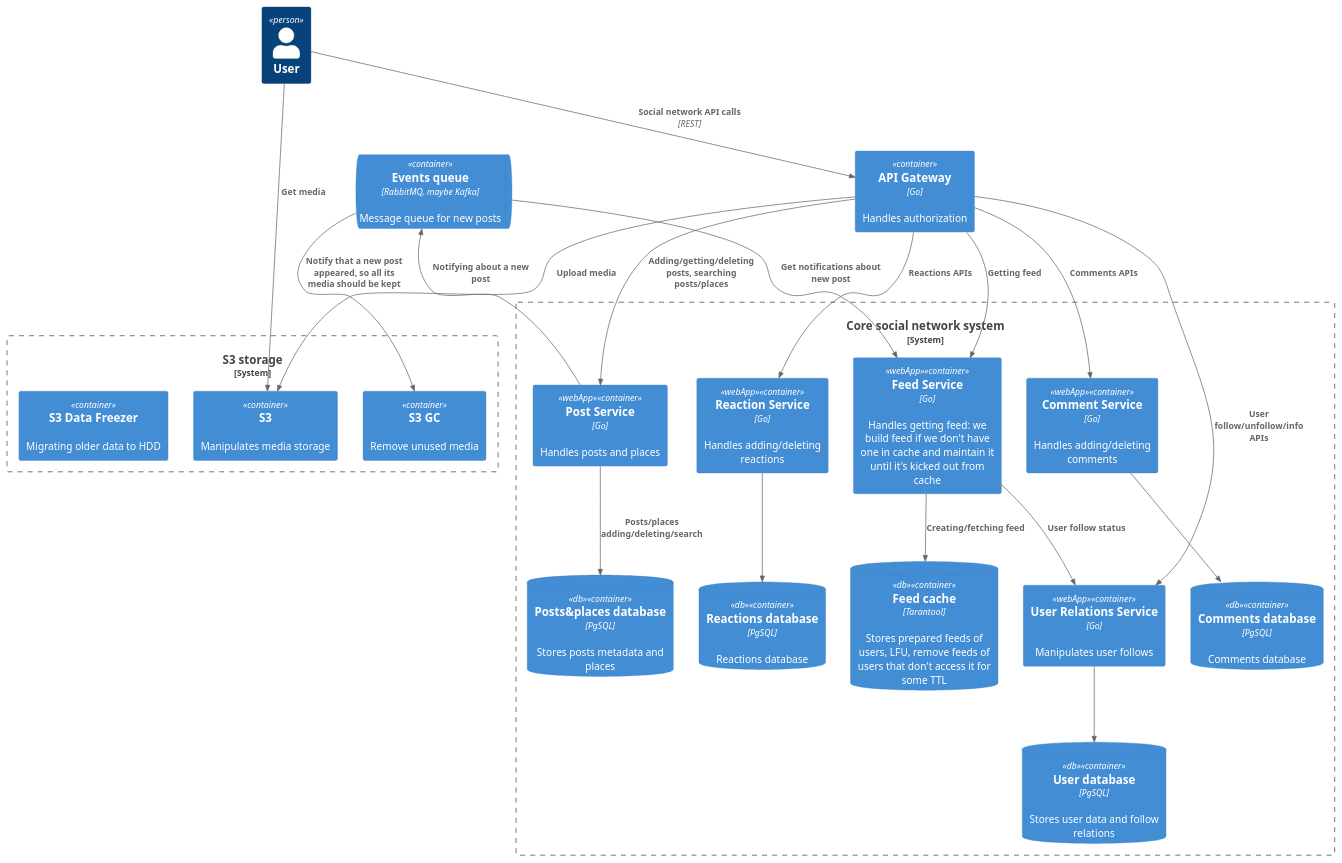
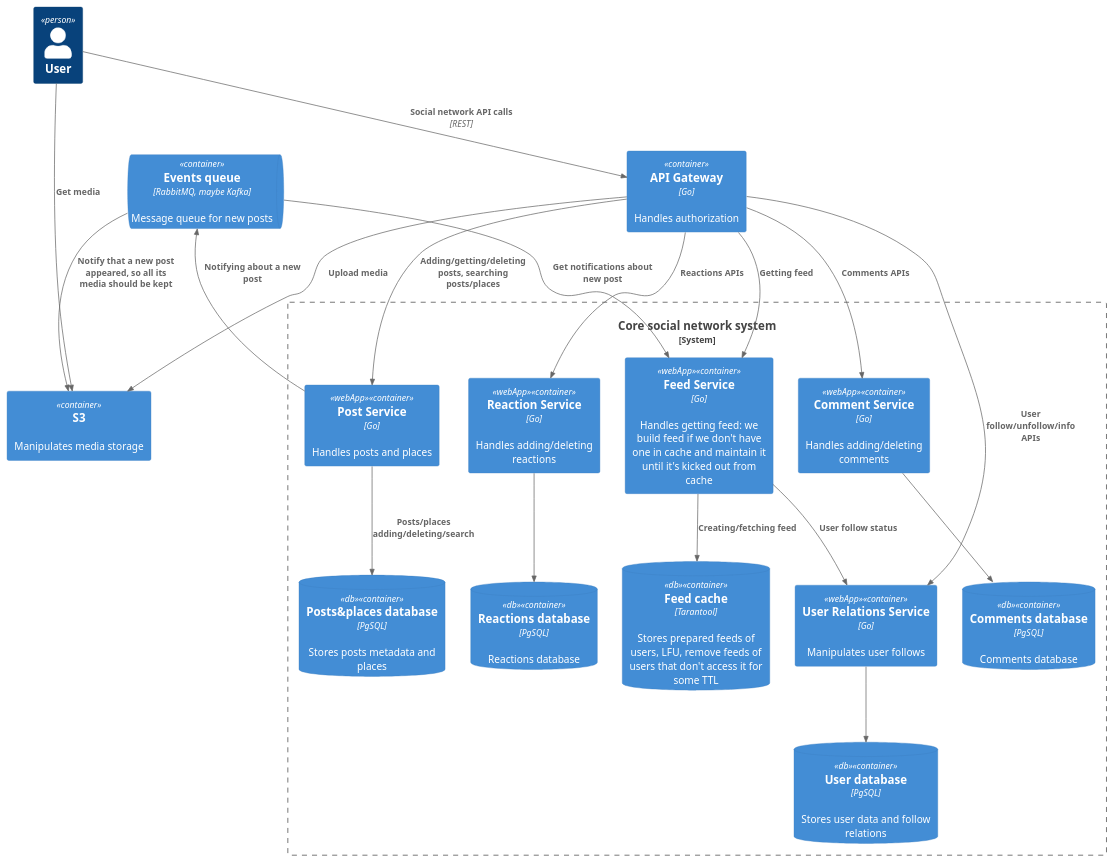
One commit to Discontinuum/social_network_system_design changed the diagram in architecture/coreSystem/context.puml. Above: the diagram before and after it, drawn with PlantUML.

Commit message:
Fix, S3 is another system

```diff
--- a/architecture/coreSystem/context.puml
+++ b/architecture/coreSystem/context.puml
@@ -1,46 +1,43 @@
 @startuml
 !include https://raw.githubusercontent.com/plantuml-stdlib/C4-PlantUML/master/C4_Container.puml
 
 Person(user, "User")
 Container(apiGateway, "API Gateway", "Go", "Handles authorization")
 
-System_Boundary(storageSystem, "S3 storage") {
-    Container(s3, "S3", "", "Manipulates media storage")
-    Container(s3_gc, "S3 GC", "", "Remove unused media")
-    Container(s3_cold_data, "S3 Data Freezer", "", "Migrating older data to HDD")
-}
+Container(s3, "S3", "", "Manipulates media storage")
+
 
 System_Boundary(coreSystem, "Core social network system") {
     Container(postService, "Post Service", "Go", "Handles posts and places", $tags="webApp")
     ContainerDb(postsDatabase, "Posts&places database", "PgSQL", "Stores posts metadata and places",  $tags="db")
     Container(feedService, "Feed Service", "Go", "Handles getting feed: we build feed if we don't have one in cache and maintain it until it's kicked out from cache", $tags="webApp")
     ContainerDb(feedCache, "Feed cache", "Tarantool", "Stores prepared feeds of users, LFU, remove feeds of users that don't access it for some TTL",  $tags="db")
     Container(reactService, "Reaction Service", "Go", "Handles adding/deleting reactions", $tags="webApp")
     ContainerDb(reactDatabase, "Reactions database", "PgSQL", "Reactions database",  $tags="db")
     Container(commentsService, "Comment Service", "Go", "Handles adding/deleting comments", $tags="webApp")
     ContainerDb(commentsDatabase, "Comments database", "PgSQL", "Comments database",  $tags="db")
     Container(userService, "User Relations Service", "Go", "Manipulates user follows", $tags="webApp")
     ContainerDb(userDatabase, "User database", "PgSQL", "Stores user data and follow relations",  $tags="db")
 }
 
 ContainerQueue(postsQueue, "Events queue", "RabbitMQ, maybe Kafka", "Message queue for new posts")
 
 Rel(user, apiGateway, "Social network API calls", "REST")
 
 Rel(apiGateway,postService, "Adding/getting/deleting posts, searching posts/places")
 Rel(apiGateway,feedService, "Getting feed")
 Rel(apiGateway,reactService, "Reactions APIs")
 Rel(apiGateway,commentsService, "Comments APIs")
 Rel(apiGateway,s3, "Upload media")
 Rel(user,s3, "Get media")
 Rel(apiGateway,userService, "User follow/unfollow/info APIs")
 Rel(postService, postsDatabase, "Posts/places adding/deleting/search")
 Rel(feedService, feedCache, "Creating/fetching feed")
 Rel(postService,postsQueue, "Notifying about a new post")
 Rel(postsQueue,feedService, "Get notifications about new post")
-Rel(postsQueue,s3_gc, "Notify that a new post appeared, so all its media should be kept")
+Rel(postsQueue,s3, "Notify that a new post appeared, so all its media should be kept")
 Rel(feedService, userService, "User follow status")
 Rel(userService, userDatabase, "")
 Rel(reactService, reactDatabase, "")
 Rel(commentsService, commentsDatabase, "")
 @enduml
```
